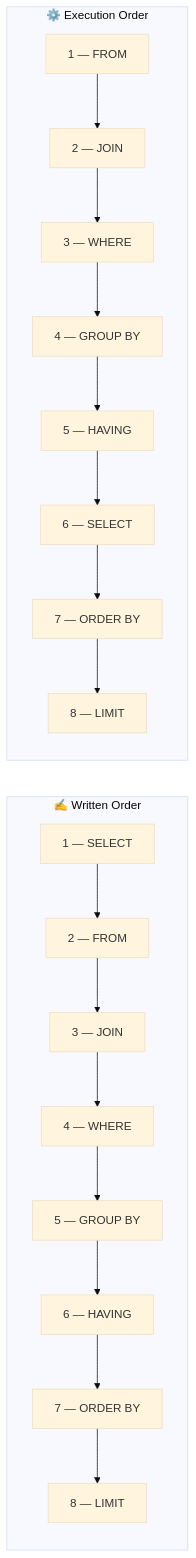
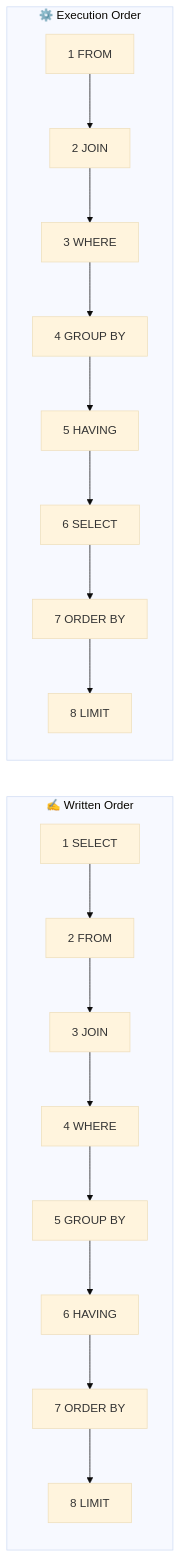
Before and after one commit to naveenkumar1661997/notes: the second of 7 diagrams in sql.md, drawn with Mermaid (base theme). The commit also changed other lines of this file and 11 other files, not shown here.

```diff
--- a/sql.md
+++ b/sql.md
@@ -83,28 +56,11 @@
 <div class="mermaid">
 flowchart LR
-    subgraph WRITTEN["✍️  Written Order"]
+    subgraph W["✍️ Written Order"]
         direction TB
-        w1["1 — SELECT"]
-        w2["2 — FROM"]
-        w3["3 — JOIN"]
-        w4["4 — WHERE"]
-        w5["5 — GROUP BY"]
-        w6["6 — HAVING"]
-        w7["7 — ORDER BY"]
-        w8["8 — LIMIT"]
-        w1 --> w2 --> w3 --> w4 --> w5 --> w6 --> w7 --> w8
+        w1["1 SELECT"] --> w2["2 FROM"] --> w3["3 JOIN"] --> w4["4 WHERE"] --> w5["5 GROUP BY"] --> w6["6 HAVING"] --> w7["7 ORDER BY"] --> w8["8 LIMIT"]
     end
-
-    subgraph EXECUTED["⚙️  Execution Order"]
+    subgraph E["⚙️ Execution Order"]
         direction TB
-        e1["1 — FROM"]
-        e2["2 — JOIN"]
-        e3["3 — WHERE"]
-        e4["4 — GROUP BY"]
-        e5["5 — HAVING"]
-        e6["6 — SELECT"]
-        e7["7 — ORDER BY"]
-        e8["8 — LIMIT"]
-        e1 --> e2 --> e3 --> e4 --> e5 --> e6 --> e7 --> e8
+        e1["1 FROM"] --> e2["2 JOIN"] --> e3["3 WHERE"] --> e4["4 GROUP BY"] --> e5["5 HAVING"] --> e6["6 SELECT"] --> e7["7 ORDER BY"] --> e8["8 LIMIT"]
     end
 </div>
```
